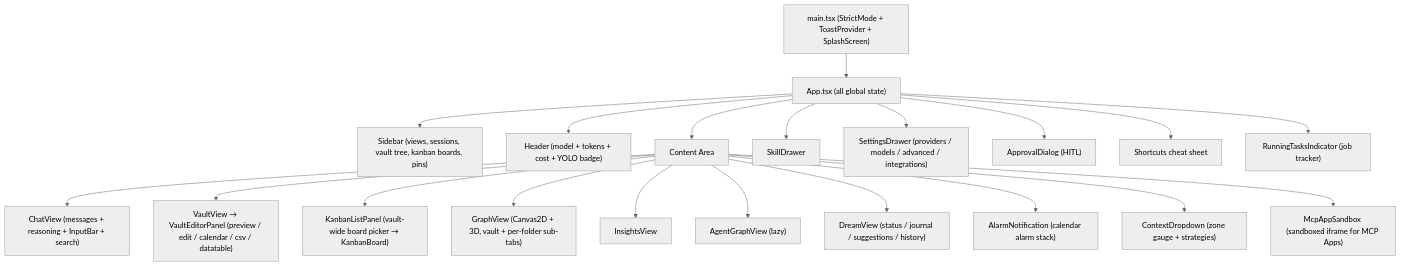
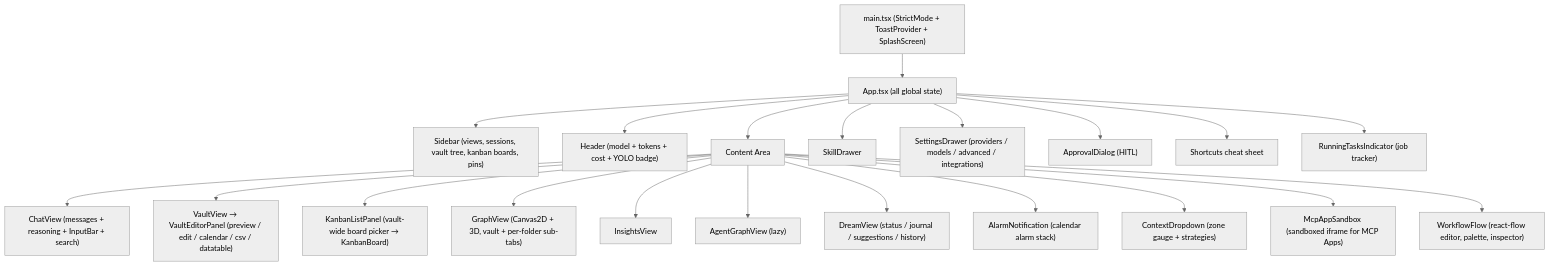
One commit to NinoCoelho/nexus changed diagram 14 of 14 in README.md. Above: the diagram before and after it, drawn with Mermaid (neutral theme). The commit also changed other lines of this file and 4 other files, not shown here.

````diff
--- a/README.md
+++ b/README.md
@@ -853,37 +931,38 @@
 ```mermaid
 graph TB
     MAIN["main.tsx (StrictMode + ToastProvider + SplashScreen)"]
     APP["App.tsx (all global state)"]
 
     MAIN --> APP
 
     SIDEBAR["Sidebar (views, sessions, vault tree, kanban boards, pins)"]
     HEADER["Header (model + tokens + cost + YOLO badge)"]
     CONTENT["Content Area"]
 
     APP --> SIDEBAR & HEADER & CONTENT
 
     CHAT["ChatView (messages + reasoning + InputBar + search)"]
     VAULT["VaultView → VaultEditorPanel (preview / edit / calendar / csv / datatable)"]
     KANBAN["KanbanListPanel (vault-wide board picker → KanbanBoard)"]
     GRAPH["GraphView (Canvas2D + 3D, vault + per-folder sub-tabs)"]
     INSIGHTS["InsightsView"]
     AGENTG["AgentGraphView (lazy)"]
 
     CONTENT --> CHAT & VAULT & KANBAN & GRAPH & INSIGHTS & AGENTG
 
     DREAM["DreamView (status / journal / suggestions / history)"]
+    WORKFLOW["WorkflowFlow (react-flow editor, palette, inspector)"]
     ALARM["AlarmNotification (calendar alarm stack)"]
     CTXDRP["ContextDropdown (zone gauge + strategies)"]
     MCPAPP["McpAppSandbox (sandboxed iframe for MCP Apps)"]
 
-    CONTENT --> DREAM & ALARM & CTXDRP & MCPAPP
+    CONTENT --> DREAM & ALARM & CTXDRP & MCPAPP & WORKFLOW
 
     SKILLD["SkillDrawer"]
     SETTD["SettingsDrawer (providers / models / advanced / integrations)"]
     APPROVE["ApprovalDialog (HITL)"]
     SHORT["Shortcuts cheat sheet"]
     JOBS["RunningTasksIndicator (job tracker)"]
 
     APP --> SKILLD & SETTD & APPROVE & SHORT & JOBS
 ```
````
